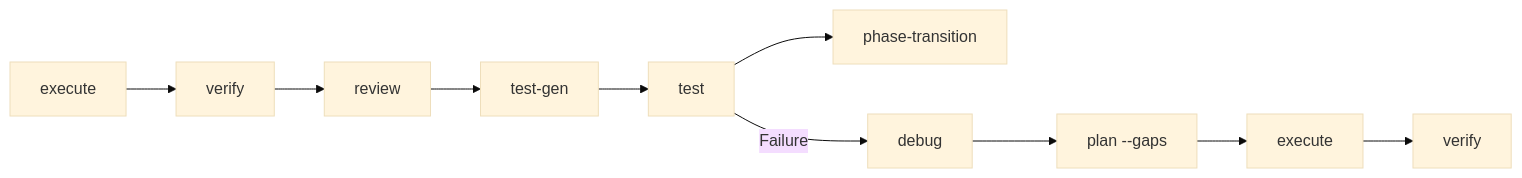
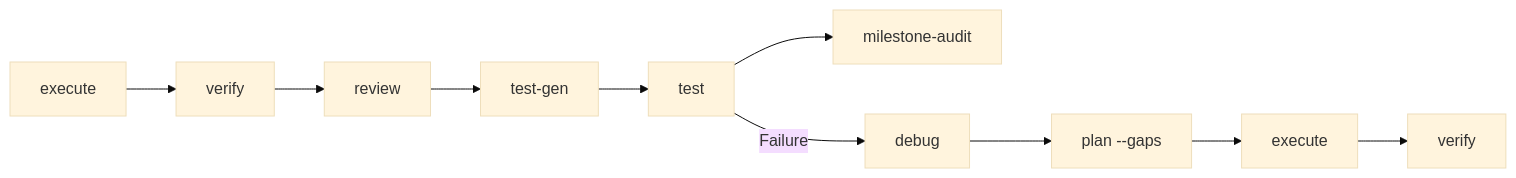
Before and after one commit to catlog22/maestro-flow: the sixth of 6 diagrams in guide/command-usage-guide.en.md, drawn with Mermaid (base theme). The commit also changed other lines of this file and 11 other files, not shown here.

````diff
--- a/guide/command-usage-guide.en.md
+++ b/guide/command-usage-guide.en.md
@@ -608,12 +708,12 @@
 ```mermaid
 graph LR
     EX[execute] --> VF[verify]
     VF --> QR[review]
     QR --> TG[test-gen]
     TG --> QT[test]
-    QT --> PT[phase-transition]
+    QT --> MA[milestone-audit]
     QT -->|"Failure"| QD[debug]
     QD --> PL["plan --gaps"]
     PL --> EX2[execute]
     EX2 --> VF2[verify]
 ```
````
